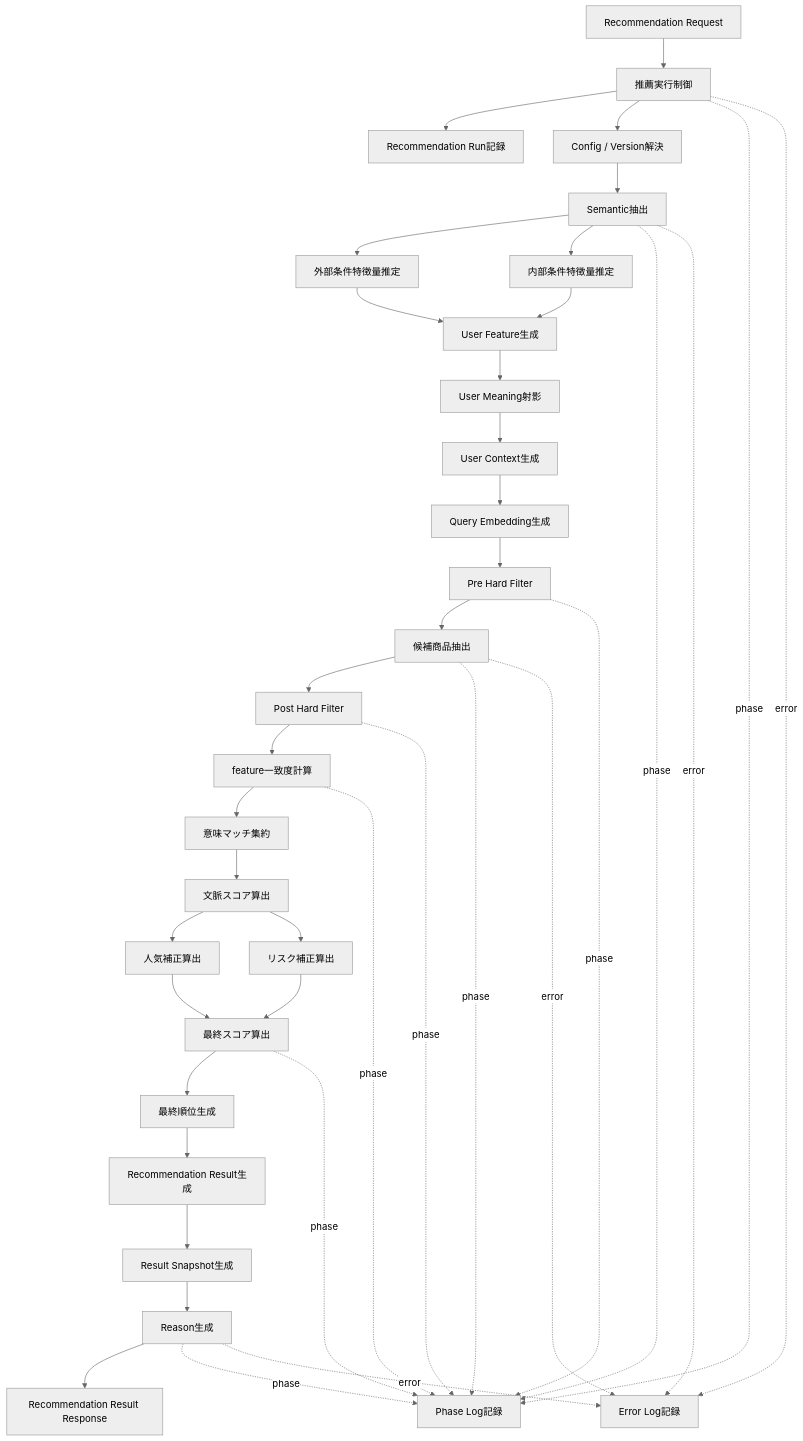
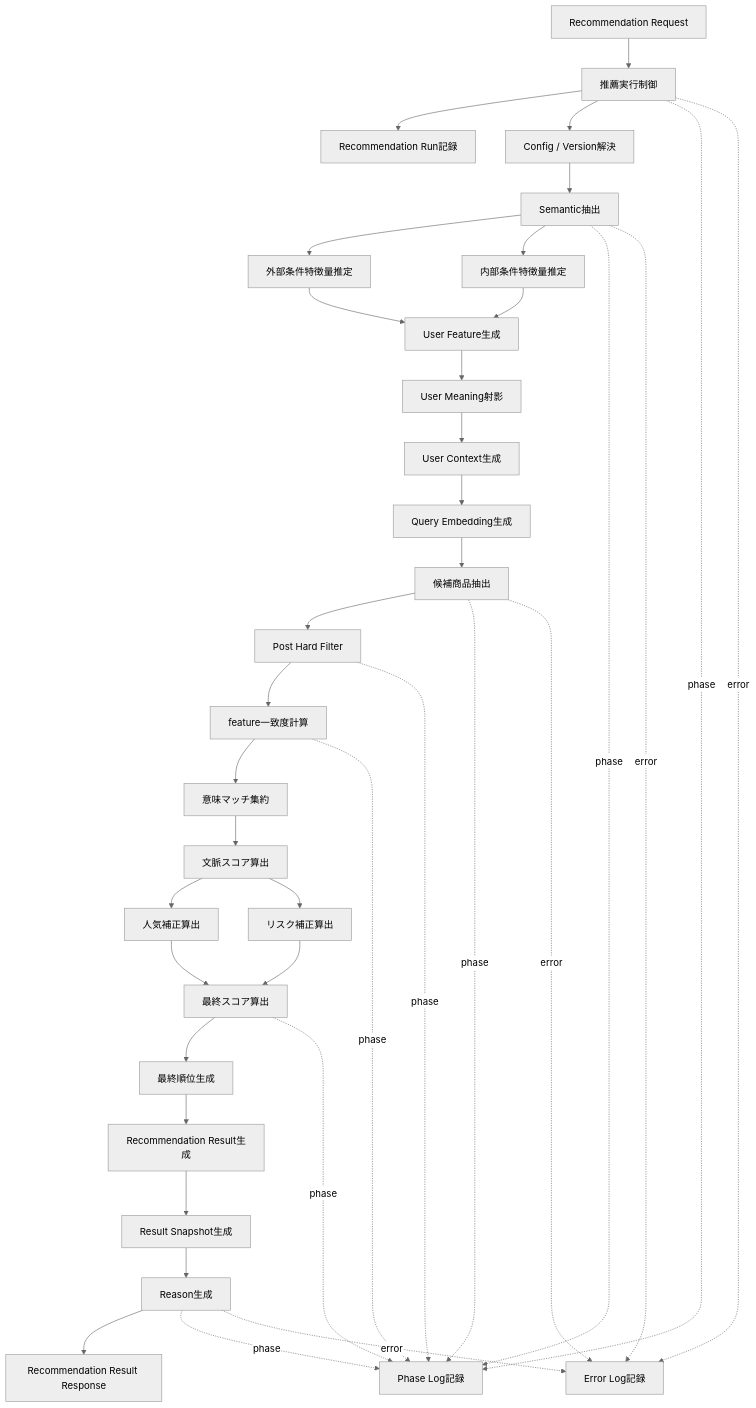
The diagram in docs/05_アプリケーション設計/アプリ/reco/Recoモジュール一覧.md (ryo-chan-k6/GiftRecommendAPP_MVP_CYCLE_3), drawn with Mermaid (neutral theme) before and after one commit. The commit also changed other lines of this file and 11 other files, not shown here.

````diff
--- a/docs/05_アプリケーション設計/アプリ/reco/Recoモジュール一覧.md
+++ b/docs/05_アプリケーション設計/アプリ/reco/Recoモジュール一覧.md
@@ -155,50 +154,48 @@
 ```mermaid
 flowchart TD
     A[Recommendation Request] --> B[推薦実行制御]
     B --> C[Recommendation Run記録]
     B --> D[Config / Version解決]
 
     D --> E[Semantic抽出]
     E --> F[外部条件特徴量推定]
     E --> G[内部条件特徴量推定]
 
     F --> H[User Feature生成]
     G --> H
     H --> I[User Meaning射影]
 
     I --> J[User Context生成]
     J --> K[Query Embedding生成]
 
-    K --> L[Pre Hard Filter]
-    L --> M[候補商品抽出]
+    K --> M[候補商品抽出]
     M --> N[Post Hard Filter]
 
     N --> O[feature一致度計算]
     O --> P[意味マッチ集約]
     P --> Q[文脈スコア算出]
 
     Q --> R[人気補正算出]
     Q --> S[リスク補正算出]
     R --> T[最終スコア算出]
     S --> T
     T --> U[最終順位生成]
 
     U --> V[Recommendation Result生成]
     V --> V2[Result Snapshot生成]
     V2 --> W[Reason生成]
     W --> X[Recommendation Result Response]
 
     B -. phase .-> Y[Phase Log記録]
     E -. phase .-> Y
-    L -. phase .-> Y
     M -. phase .-> Y
     N -. phase .-> Y
     O -. phase .-> Y
     T -. phase .-> Y
     W -. phase .-> Y
 
     B -. error .-> Z[Error Log記録]
     E -. error .-> Z
     M -. error .-> Z
     W -. error .-> Z
 ```
````
